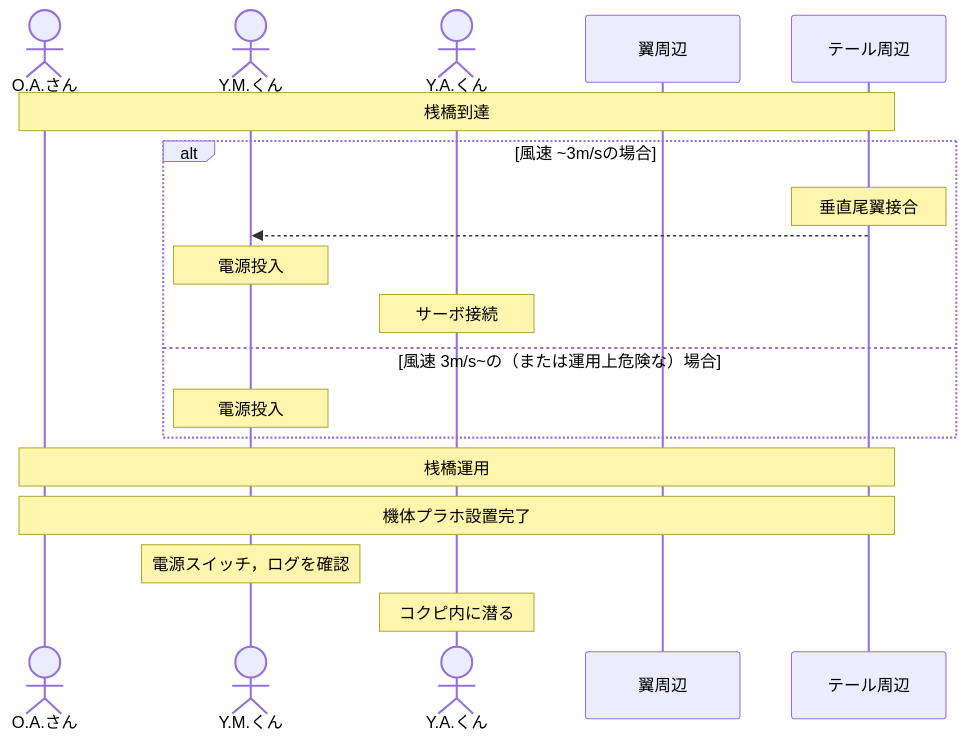
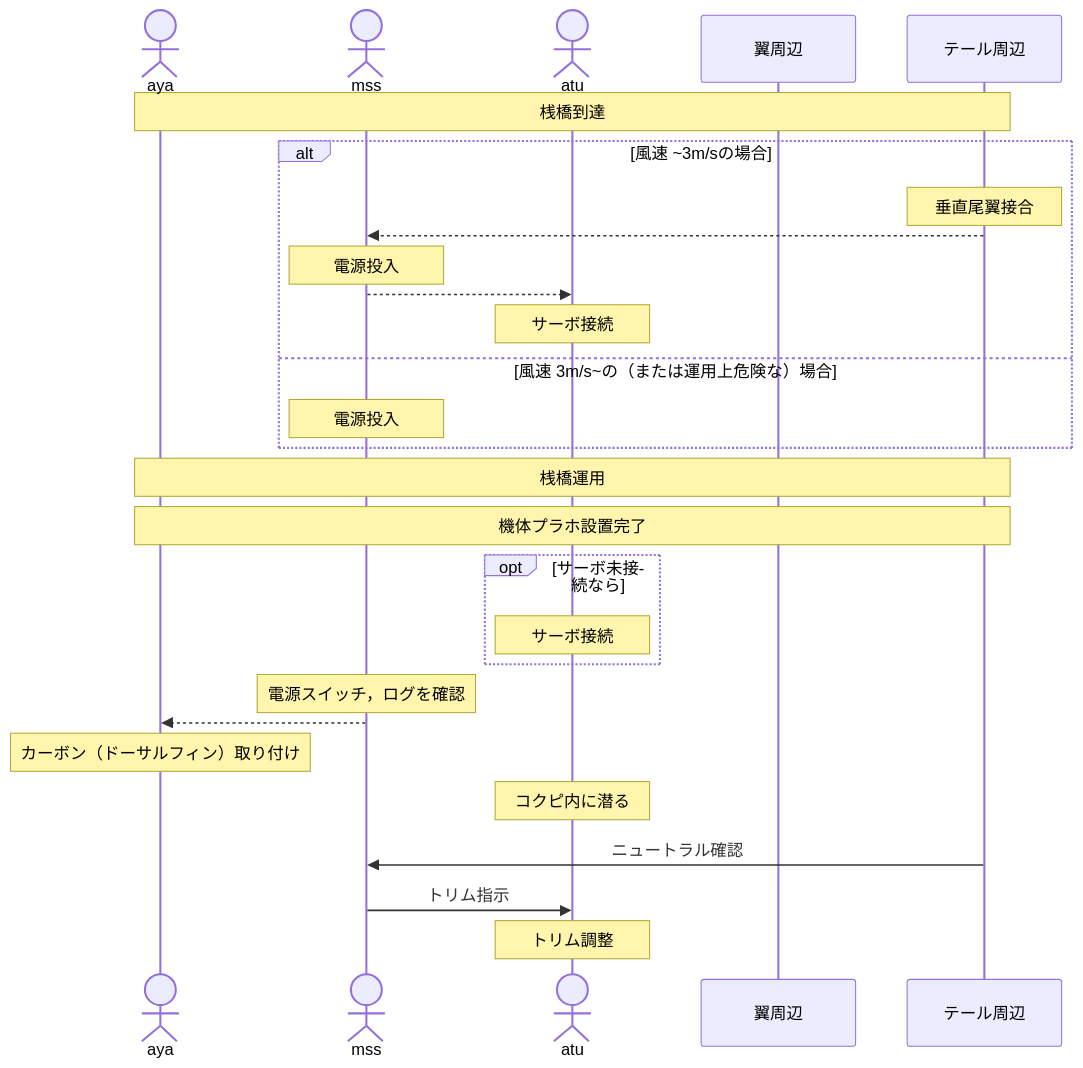
The fifth of 5 diagrams in docs/works/2026-avionics.md (torica-org/electronics-blog), drawn with Mermaid before and after one commit.

```diff
--- a/docs/works/2026-avionics.md
+++ b/docs/works/2026-avionics.md
@@ -247,22 +247,31 @@
 <pre class="mermaid" style="background-color:white;">
 sequenceDiagram
-    actor OA as O.A.さん
-    actor YM as Y.M.くん
-    actor YA as Y.A.くん
+    actor aya
+    actor mss
+    actor atu
     participant wing as 翼周辺
     participant tail as テール周辺
 
-    Note over OA,tail: 桟橋到達
+    Note over aya,tail: 桟橋到達
     alt 風速 ~3m/sの場合
         Note over tail: 垂直尾翼接合
-        tail -->> YM:
-        Note over YM: 電源投入
-        Note over YA: サーボ接続
+        tail -->> mss:
+        Note over mss: 電源投入
+        mss -->> atu:
+        Note over atu: サーボ接続
     else 風速 3m/s~の（または運用上危険な）場合
-        Note over YM: 電源投入
+        Note over mss: 電源投入
     end
-    Note over OA,tail: 桟橋運用
-    Note over OA,tail: 機体プラホ設置完了
-    Note over YM: 電源スイッチ，ログを確認
-    Note over YA: コクピ内に潜る
+    Note over aya,tail: 桟橋運用
+    Note over aya,tail: 機体プラホ設置完了
+    opt サーボ未接続なら
+        Note over atu: サーボ接続
+    end
+    Note over mss: 電源スイッチ，ログを確認
+    mss -->> aya:
+    Note over aya: カーボン（ドーサルフィン）取り付け
+    Note over atu: コクピ内に潜る
+    tail ->> mss: ニュートラル確認
+    mss ->> atu: トリム指示
+    Note over atu: トリム調整
 </pre>
```
